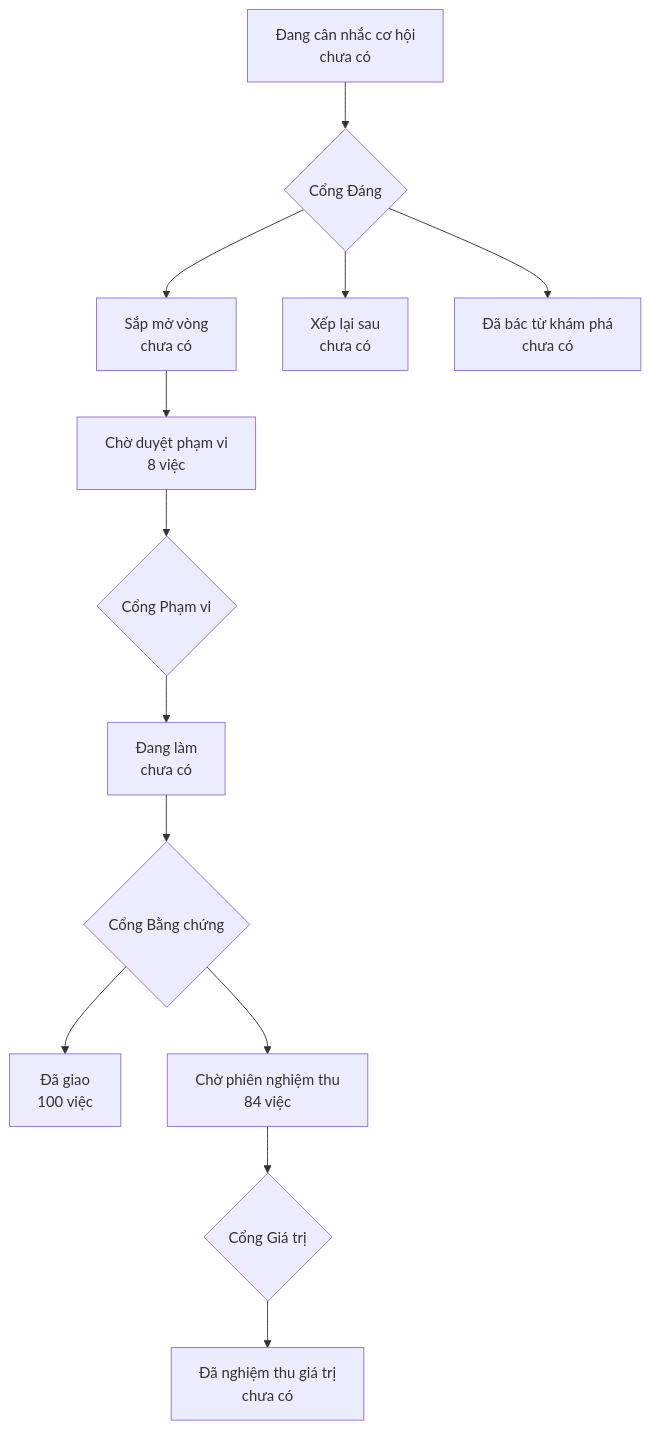
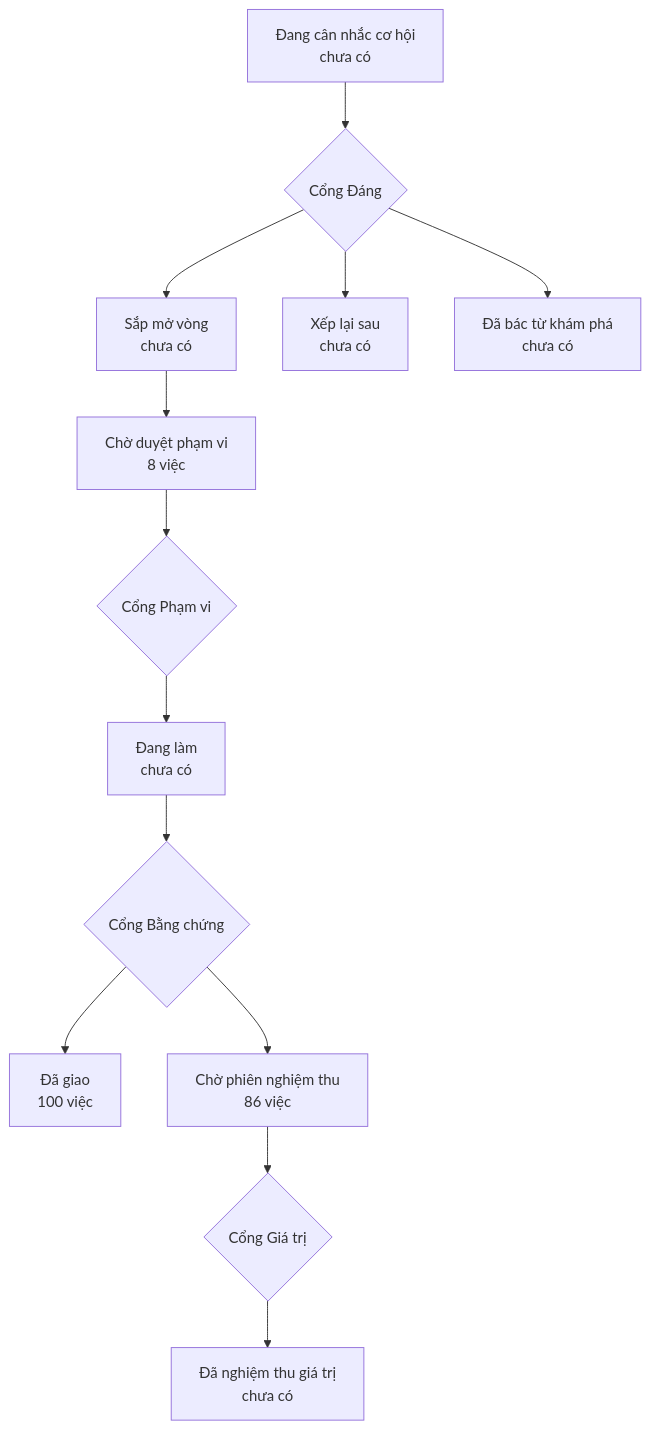
The diagram in PRODUCT-MAP.md (phanlemanh/onehub-invest), drawn with Mermaid before and after one commit. The commit also changed other lines of this file and 1 other file, not shown here.

Commit message:
chore(acceptance): vẽ lại bản đồ sau gộp main

````diff
--- a/PRODUCT-MAP.md
+++ b/PRODUCT-MAP.md
@@ -7,12 +7,12 @@
 ```mermaid
 flowchart TD
   A["Đang cân nhắc cơ hội<br/>chưa có"] --> GD{"Cổng Đáng"}
   GD --> B["Sắp mở vòng<br/>chưa có"]
   GD --> XL["Xếp lại sau<br/>chưa có"]
   GD --> DB["Đã bác từ khám phá<br/>chưa có"]
   B --> CD["Chờ duyệt phạm vi<br/>8 việc"] --> GP{"Cổng Phạm vi"}
   GP --> DL["Đang làm<br/>chưa có"] --> GB{"Cổng Bằng chứng"}
   GB --> DG["Đã giao<br/>100 việc"]
-  GB --> CN["Chờ phiên nghiệm thu<br/>84 việc"] --> GG{"Cổng Giá trị"}
+  GB --> CN["Chờ phiên nghiệm thu<br/>86 việc"] --> GG{"Cổng Giá trị"}
   GG --> NT["Đã nghiệm thu giá trị<br/>chưa có"]
 ```
````
